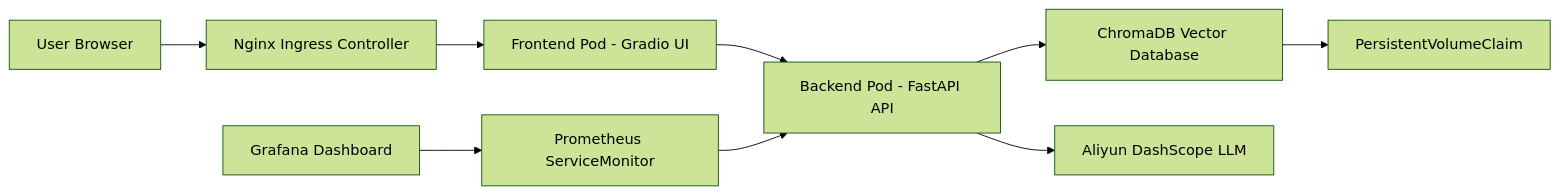
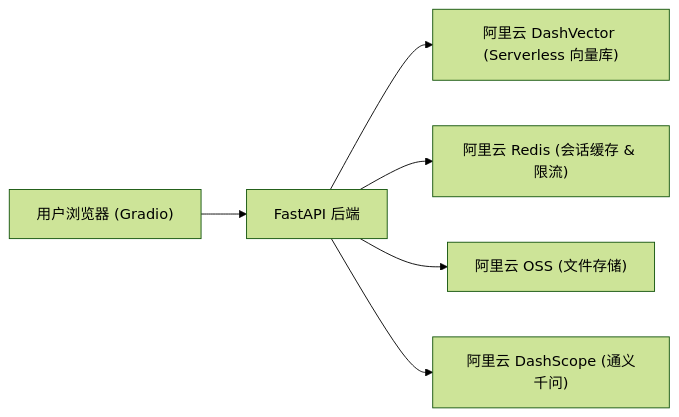
The first of 2 diagrams in README.md (AmazingYe-oss/edu-rag-bot), drawn with Mermaid (forest theme) before and after one commit. The commit also changed other lines of this file and 1 other file, not shown here.

````diff
--- a/README.md
+++ b/README.md
@@ -27,21 +26,15 @@
 ```mermaid
 flowchart LR
-    Client["User Browser"]
-    Ingress["Nginx Ingress Controller"]
-    UI["Frontend Pod - Gradio UI"]
-    API["Backend Pod - FastAPI API"]
-    ChromaDB["ChromaDB Vector Database"]
-    PVC["PersistentVolumeClaim"]
-    LLM["Aliyun DashScope LLM"]
-    Prometheus["Prometheus ServiceMonitor"]
-    Grafana["Grafana Dashboard"]
+    Client["用户浏览器 (Gradio)"]
+    API["FastAPI 后端"]
+    DashVector["阿里云 DashVector (Serverless 向量库)"]
+    Redis["阿里云 Redis (会话缓存 & 限流)"]
+    OSS["阿里云 OSS (文件存储)"]
+    LLM["阿里云 DashScope (通义千问)"]
 
-    Client --> Ingress
-    Ingress --> UI
-    UI --> API
-    API --> ChromaDB
-    ChromaDB --> PVC
+    Client --> API
+    API --> DashVector
+    API --> Redis
+    API --> OSS
     API --> LLM
-    Prometheus --> API
-    Grafana --> Prometheus
 ```
````
